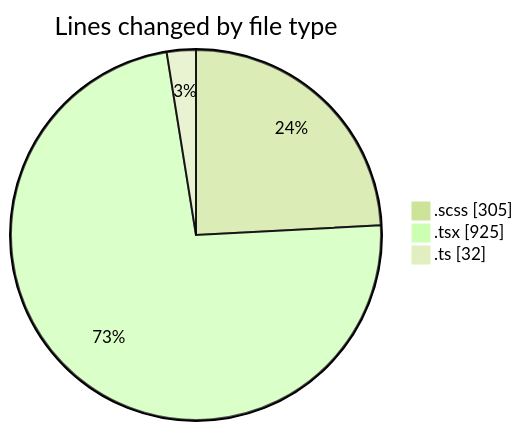
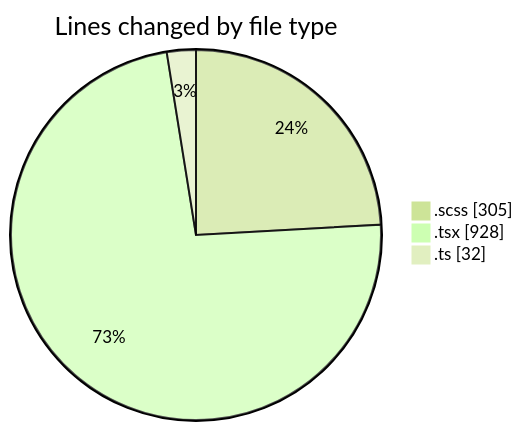
Before and after one commit to momahboobian/code-tracking: the first of 2 diagrams in 2025-03-04/cda/README.md, drawn with Mermaid (forest theme). The commit also changed other lines of this file and 1 other file, not shown here.

````diff
--- a/2025-03-04/cda/README.md
+++ b/2025-03-04/cda/README.md
@@ -25,7 +25,7 @@
 ```mermaid
 pie showData
 title Lines changed by file type
 ".scss" : 305
-".tsx" : 925
+".tsx" : 928
 ".ts" : 32
 ```
````
